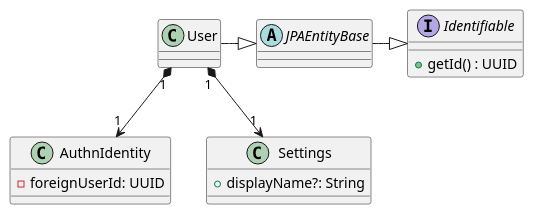
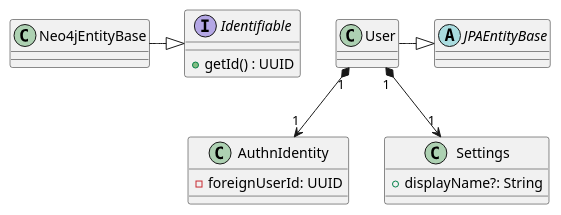
The diagram in user.puml (xenoterracide/iw-pm-backend), drawn with PlantUML before and after one commit.

Commit message:
see if this works for bold

```diff
--- a/user.puml
+++ b/user.puml
@@ -1,21 +1,21 @@
 @startuml
 interface Identifiable {
    +getId() : UUID
 }
 
 abstract JPAEntityBase
 
 class AuthnIdentity {
     -foreignUserId: UUID
 }
 
 class Settings {
     +displayName?: String
 }
 
-JPAEntityBase -|> Identifiable
+Neo4jEntityBase -|> Identifiable
 User -|> JPAEntityBase
 
 User "1" *--> "1" AuthnIdentity
 User "1" *--> "1" Settings
 @enduml
```
